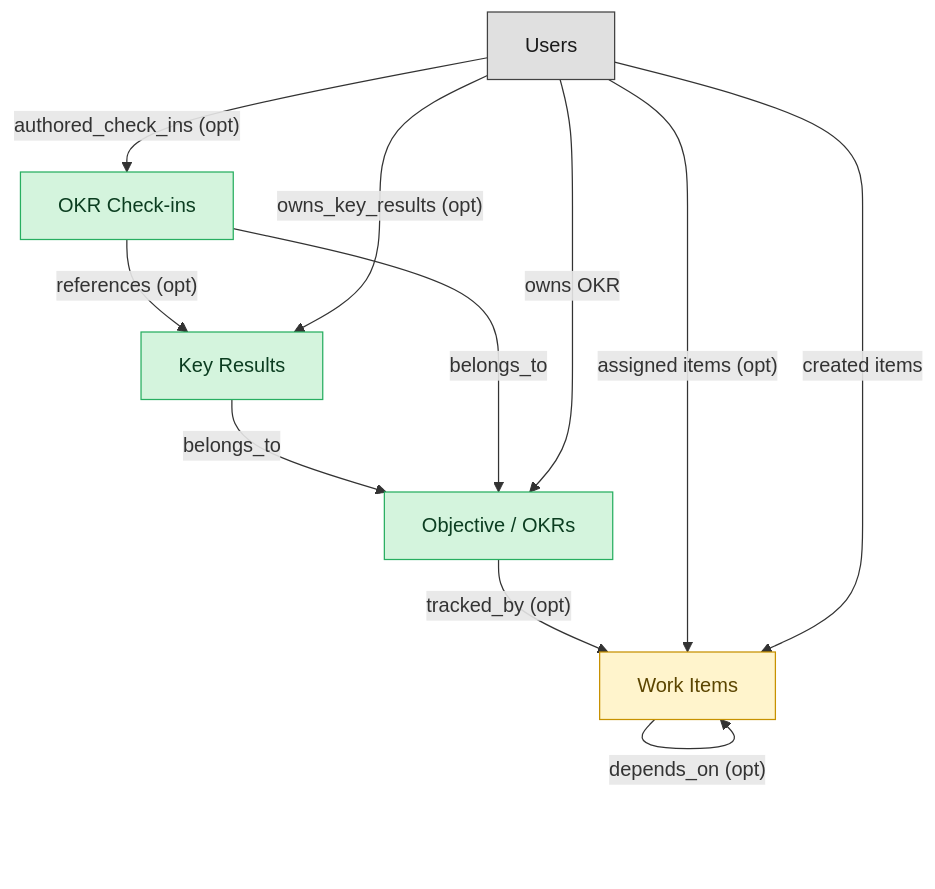
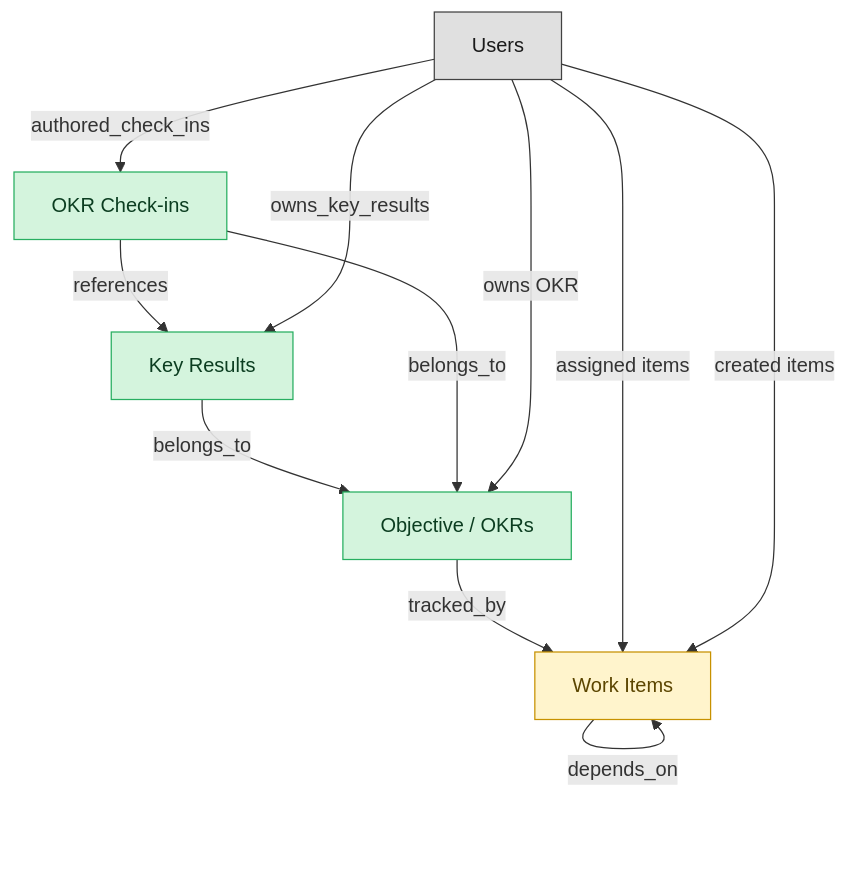
The diagram in catalog/blueprints/work-mgmt-goals-okr-semantic-blueprint.md (IntranetFactory/domain-map), drawn with Mermaid before and after one commit. The commit also changed other lines of this file and 18 other files, not shown here.

````diff
--- a/catalog/blueprints/work-mgmt-goals-okr-semantic-blueprint.md
+++ b/catalog/blueprints/work-mgmt-goals-okr-semantic-blueprint.md
@@ -31,26 +31,26 @@
 ```mermaid
 flowchart TD
   classDef master fill:#d4f4dd,stroke:#27ae60,color:#0b3d20;
   classDef embedded_master fill:#fff4cc,stroke:#c79100,color:#5b4500;
   classDef platform_builtin fill:#e0e0e0,stroke:#424242,color:#1a1a1a;
   okr_objectives["Objective / OKRs"]
   work_items["Work Items"]
   okr_key_results["Key Results"]
   okr_check_ins["OKR Check-ins"]
   users["Users"]
   okr_key_results -->|"belongs_to"| okr_objectives
   okr_check_ins -->|"belongs_to"| okr_objectives
-  okr_check_ins -->|"references (opt)"| okr_key_results
-  work_items -->|"depends_on (opt)"| work_items
-  okr_objectives -->|"tracked_by (opt)"| work_items
-  users -->|"owns_key_results (opt)"| okr_key_results
-  users -->|"authored_check_ins (opt)"| okr_check_ins
-  users -->|"assigned items (opt)"| work_items
+  okr_check_ins -->|"references"| okr_key_results
+  work_items -->|"depends_on"| work_items
+  okr_objectives -->|"tracked_by"| work_items
+  users -->|"owns_key_results"| okr_key_results
+  users -->|"authored_check_ins"| okr_check_ins
+  users -->|"assigned items"| work_items
   users -->|"created items"| work_items
   users -->|"owns OKR"| okr_objectives
   class okr_objectives master;
   class work_items embedded_master;
   class okr_key_results master;
   class okr_check_ins master;
   class users platform_builtin;
 ```
````
